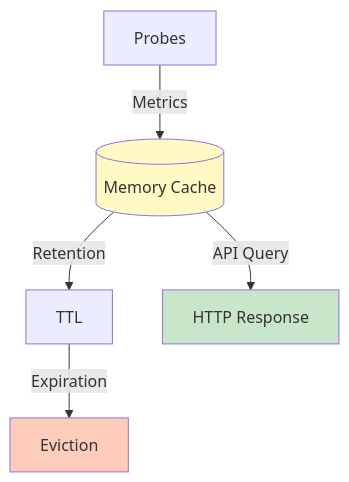
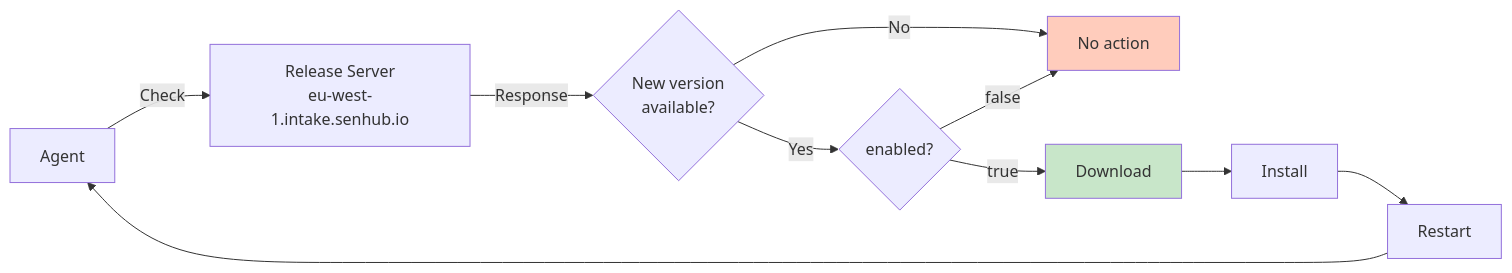
The sixth of 7 diagrams in docs/user-guide/AGENT-CONFIGURATION.md (senhub-io/senhub-agent), drawn with Mermaid before and after one commit. The commit also changed other lines of this file and 7 other files, not shown here.

````diff
--- a/docs/user-guide/AGENT-CONFIGURATION.md
+++ b/docs/user-guide/AGENT-CONFIGURATION.md
@@ -618,12 +780,18 @@
 ```mermaid
-graph TB
-    P[Probes] -->|Metrics| C[(Memory Cache)]
-    C -->|Retention| T[TTL]
-    T -->|Expiration| E[Eviction]
+graph LR
+    A[Agent] -->|Check| R[Release Server<br/>eu-west-1.intake.senhub.io]
+    R -->|Response| V{New version<br/>available?}
 
-    C -->|API Query| R[HTTP Response]
+    V -->|No| N[No action]
+    V -->|Yes| E{enabled?}
 
-    style C fill:#fff9c4
-    style E fill:#ffccbc
-    style R fill:#c8e6c9
+    E -->|true| D[Download]
+    E -->|false| N
+
+    D --> I[Install]
+    I --> S[Restart]
+    S --> A
+
+    style D fill:#c8e6c9
+    style N fill:#ffccbc
 ```
````
